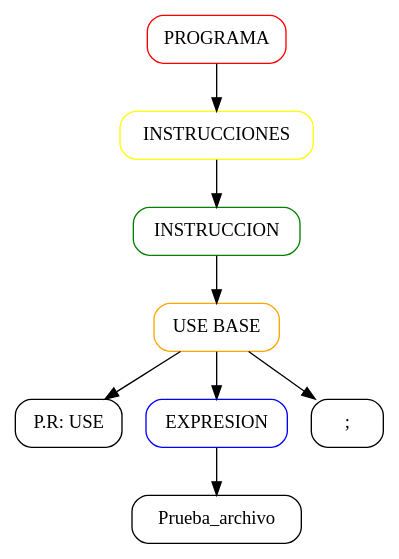
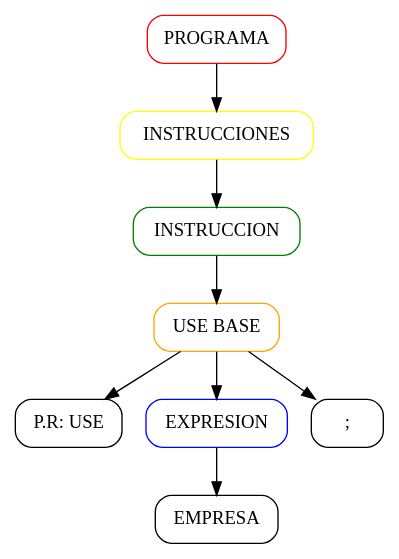
The diagram in REPORTES/ARBOL/Query1.dot (Eduardo1232000/OLC2-Proyecto1-3013805890101-2253625030901), drawn with Graphviz before and after one commit. The commit also changed 8 other files, not shown here.

```diff
--- a/REPORTES/ARBOL/Query1.dot
+++ b/REPORTES/ARBOL/Query1.dot
@@ -1,18 +1,18 @@
 digraph AST {
 node [shape=box, style=rounded];
-n1311828114[label="PROGRAMA" color="red"];
-n4879825221[label="INSTRUCCIONES" color="yellow"];
-n7590169795[label="INSTRUCCION" color="green"];
-n4552513416[label="USE BASE" color="orange"];
-n9856274062[label="P.R: USE" color="black"];
-n4552513416 -> n9856274062; 
-n7559145301[label="EXPRESION" color="blue"];
-n5001575621[label="Prueba_archivo" color="black"];
-n7559145301 -> n5001575621; 
-n4552513416 -> n7559145301; 
-n7400229006[label=";" color="black"];
-n4552513416 -> n7400229006; 
-n7590169795 -> n4552513416; 
-n4879825221 -> n7590169795; 
-n1311828114 -> n4879825221; 
+n2900144314[label="PROGRAMA" color="red"];
+n9097552950[label="INSTRUCCIONES" color="yellow"];
+n4966516449[label="INSTRUCCION" color="green"];
+n5208905482[label="USE BASE" color="orange"];
+n5116822981[label="P.R: USE" color="black"];
+n5208905482 -> n5116822981; 
+n113803376[label="EXPRESION" color="blue"];
+n2730235502[label="EMPRESA" color="black"];
+n113803376 -> n2730235502; 
+n5208905482 -> n113803376; 
+n8253479579[label=";" color="black"];
+n5208905482 -> n8253479579; 
+n4966516449 -> n5208905482; 
+n9097552950 -> n4966516449; 
+n2900144314 -> n9097552950; 
 }
```
